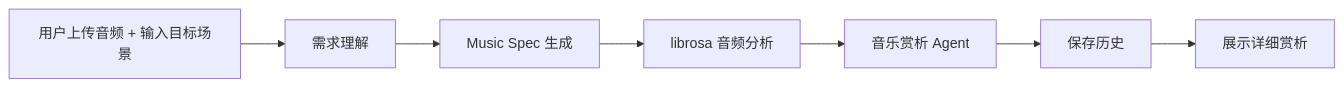
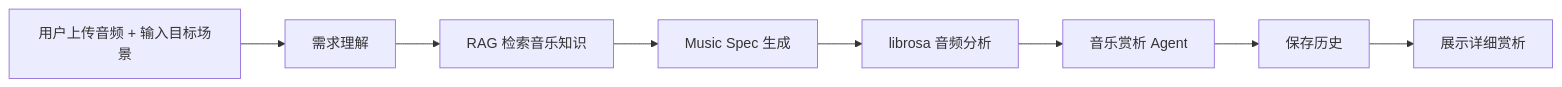
One commit to yangbiubiu4225-code/cs599-project changed the third of 4 diagrams in docs/CS599_大作业报告.md. Above: the diagram before and after it, drawn with Mermaid. The commit also changed other lines of this file and 12 other files, not shown here.

Commit message:
enhance music rag workflow

````diff
--- a/docs/CS599_大作业报告.md
+++ b/docs/CS599_大作业报告.md
@@ -330,9 +361,10 @@
 ```mermaid
 flowchart LR
     A["用户上传音频 + 输入目标场景"] --> B["需求理解"]
-    B --> C["Music Spec 生成"]
-    C --> D["librosa 音频分析"]
-    D --> E["音乐赏析 Agent"]
-    E --> F["保存历史"]
-    F --> G["展示详细赏析"]
+    B --> C["RAG 检索音乐知识"]
+    C --> D["Music Spec 生成"]
+    D --> E["librosa 音频分析"]
+    E --> F["音乐赏析 Agent"]
+    F --> G["保存历史"]
+    G --> H["展示详细赏析"]
 ```
````
